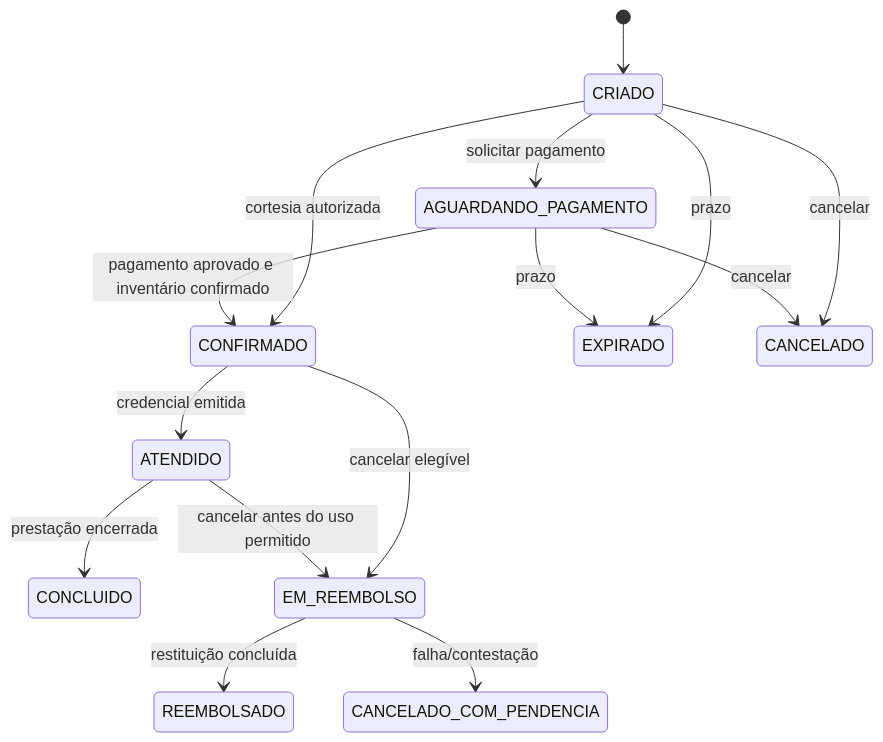
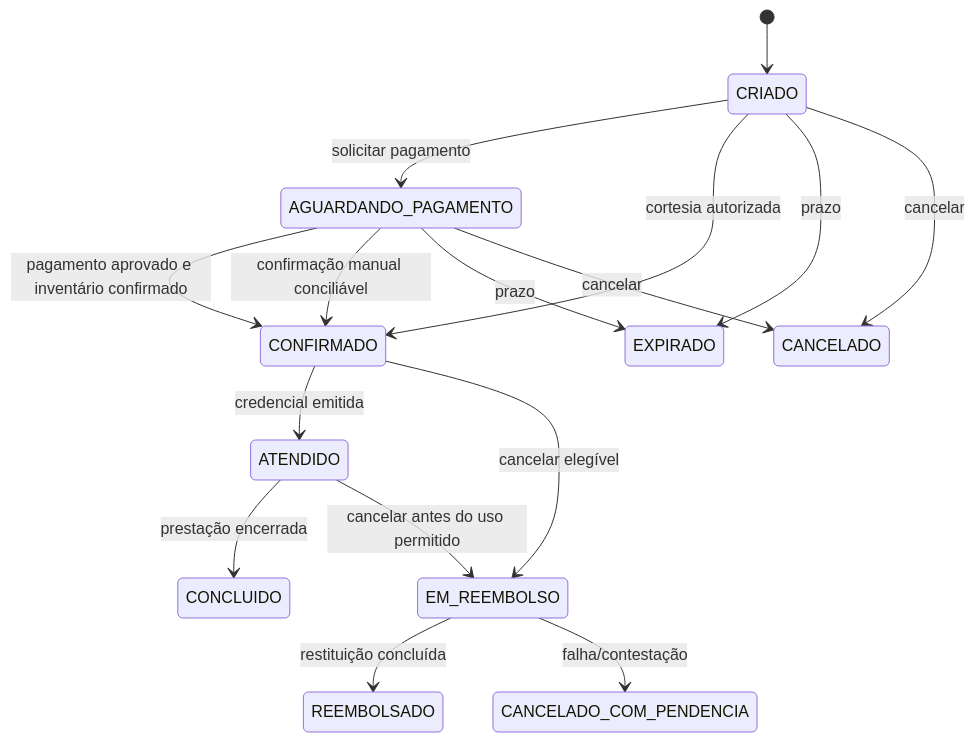
Before and after one commit to ilann47/SI__Ilan_Wendling_2026-api: the third of 14 diagrams in docs/especificacao/15-maquinas-de-estados.md, drawn with Mermaid. The commit also changed other lines of this file and 37 other files, not shown here.

````diff
--- a/docs/especificacao/15-maquinas-de-estados.md
+++ b/docs/especificacao/15-maquinas-de-estados.md
@@ -87,17 +87,18 @@
 ```mermaid
 stateDiagram-v2
   [*] --> CRIADO
   CRIADO --> AGUARDANDO_PAGAMENTO: solicitar pagamento
   CRIADO --> CONFIRMADO: cortesia autorizada
   AGUARDANDO_PAGAMENTO --> CONFIRMADO: pagamento aprovado e inventário confirmado
+  AGUARDANDO_PAGAMENTO --> CONFIRMADO: confirmação manual conciliável
   CRIADO --> EXPIRADO: prazo
   AGUARDANDO_PAGAMENTO --> EXPIRADO: prazo
   CONFIRMADO --> ATENDIDO: credencial emitida
   ATENDIDO --> CONCLUIDO: prestação encerrada
   CRIADO --> CANCELADO: cancelar
   AGUARDANDO_PAGAMENTO --> CANCELADO: cancelar
   CONFIRMADO --> EM_REEMBOLSO: cancelar elegível
   ATENDIDO --> EM_REEMBOLSO: cancelar antes do uso permitido
   EM_REEMBOLSO --> REEMBOLSADO: restituição concluída
   EM_REEMBOLSO --> CANCELADO_COM_PENDENCIA: falha/contestação
 ```
````
